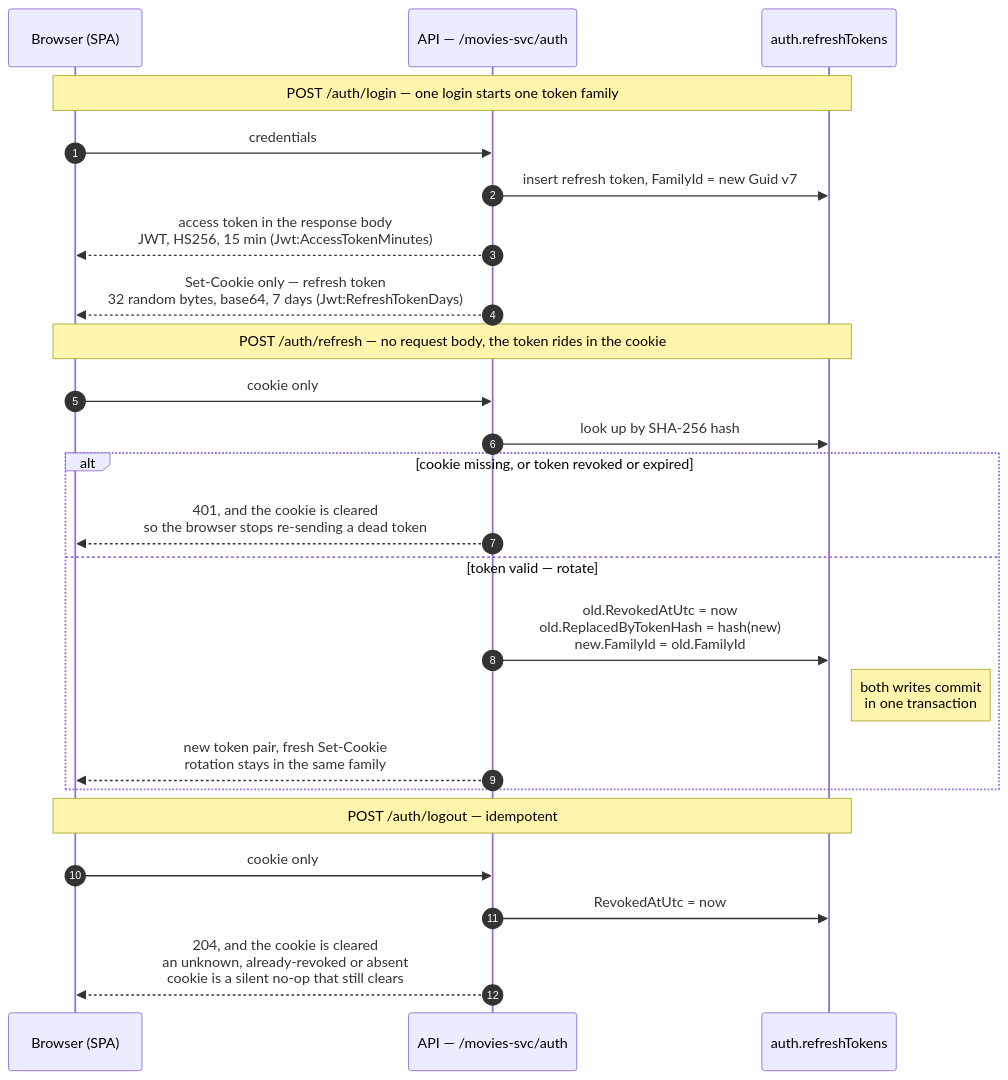
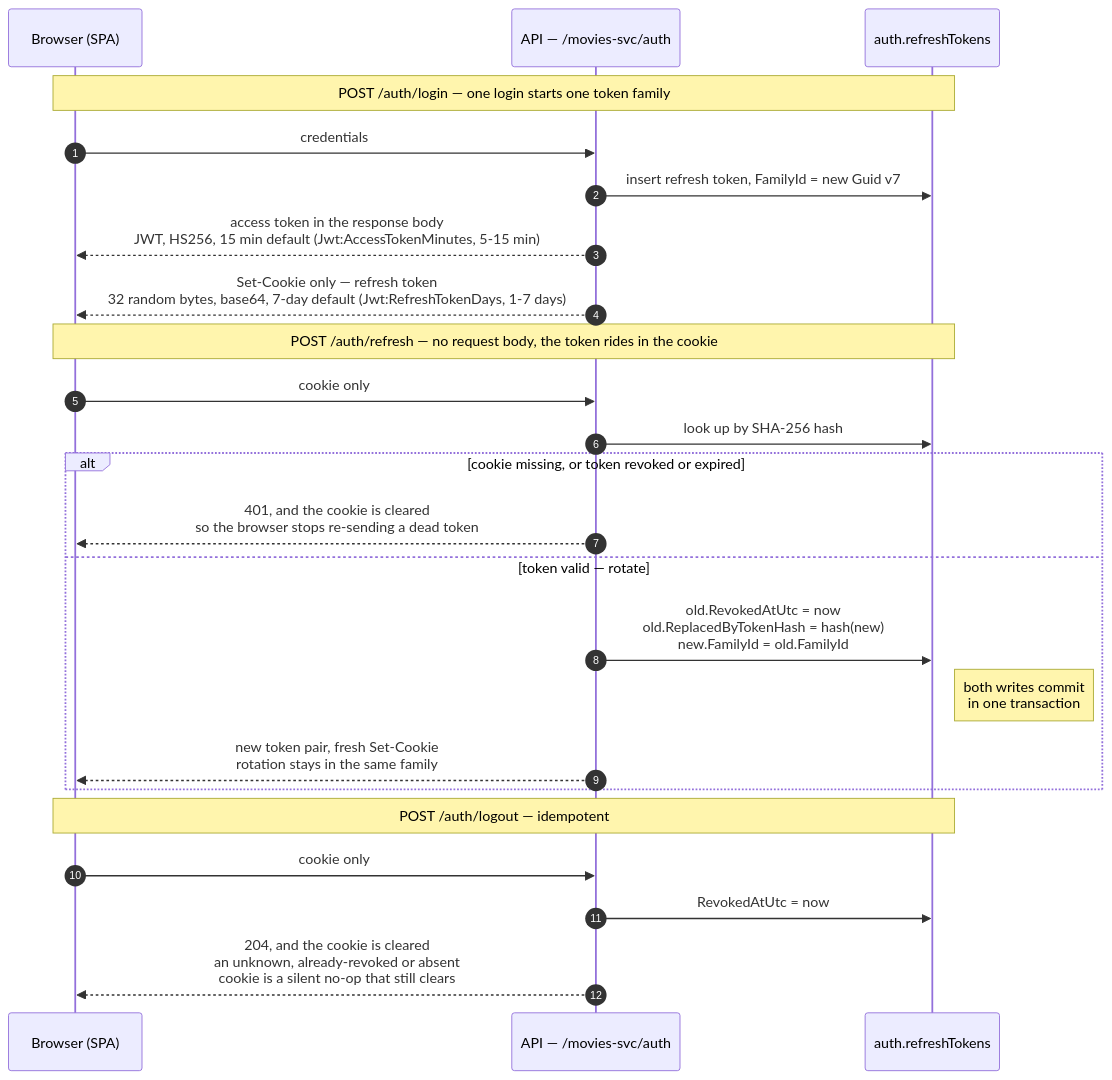
One commit to felipedferreira/Cinedex changed the diagram in docs/auth-security-model.md. Above: the diagram before and after it, drawn with Mermaid. The commit also changed other lines of this file and 45 other files, not shown here.

````diff
--- a/docs/auth-security-model.md
+++ b/docs/auth-security-model.md
@@ -54,33 +54,33 @@
 ```mermaid
 sequenceDiagram
     autonumber
     participant B as Browser (SPA)
     participant API as API — /movies-svc/auth
     participant DB as auth.refreshTokens
 
     Note over B,DB: POST /auth/login — one login starts one token family
 
     B->>API: credentials
     API->>DB: insert refresh token, FamilyId = new Guid v7
-    API-->>B: access token in the response body<br/>JWT, HS256, 15 min (Jwt:AccessTokenMinutes)
-    API-->>B: Set-Cookie only — refresh token<br/>32 random bytes, base64, 7 days (Jwt:RefreshTokenDays)
+    API-->>B: access token in the response body<br/>JWT, HS256, 15 min default (Jwt:AccessTokenMinutes, 5-15 min)
+    API-->>B: Set-Cookie only — refresh token<br/>32 random bytes, base64, 7-day default (Jwt:RefreshTokenDays, 1-7 days)
 
     Note over B,DB: POST /auth/refresh — no request body, the token rides in the cookie
 
     B->>API: cookie only
     API->>DB: look up by SHA-256 hash
 
     alt cookie missing, or token revoked or expired
         API-->>B: 401, and the cookie is cleared<br/>so the browser stops re-sending a dead token
     else token valid — rotate
         API->>DB: old.RevokedAtUtc = now<br/>old.ReplacedByTokenHash = hash(new)<br/>new.FamilyId = old.FamilyId
         Note right of DB: both writes commit<br/>in one transaction
         API-->>B: new token pair, fresh Set-Cookie<br/>rotation stays in the same family
     end
 
     Note over B,DB: POST /auth/logout — idempotent
 
     B->>API: cookie only
     API->>DB: RevokedAtUtc = now
     API-->>B: 204, and the cookie is cleared<br/>an unknown, already-revoked or absent<br/>cookie is a silent no-op that still clears
 ```
````
